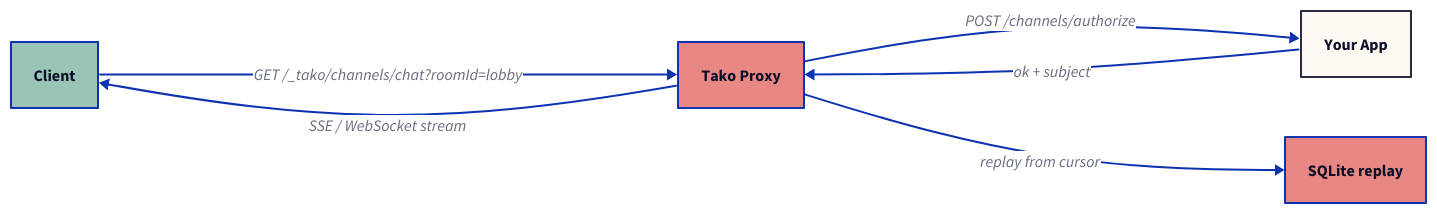
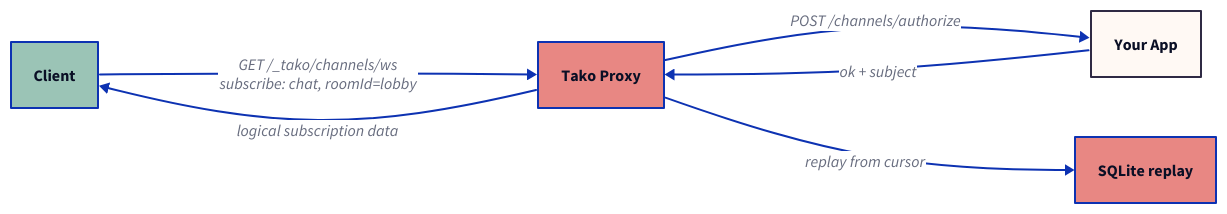
One commit to tako-sh/tako changed the diagram in website/src/content/blog/durable-channels-built-in.md. Above: the diagram before and after it, drawn with D2. The commit also changed other lines of this file and 77 other files, not shown here.

Commit message:
feat(channels): multiplex WebSocket subscriptions (#217)

````diff
--- a/website/src/content/blog/durable-channels-built-in.md
+++ b/website/src/content/blog/durable-channels-built-in.md
@@ -43,14 +45,14 @@
 ```d2
 direction: right
 
 client: Client {style.fill: "#9BC4B6"; style.font-size: 16}
 proxy: Tako Proxy {style.fill: "#E88783"; style.font-size: 16}
 app: Your App {style.fill: "#FFF9F4"; style.stroke: "#2F2A44"; style.font-size: 16}
 store: SQLite replay {style.fill: "#E88783"; style.font-size: 16}
 
-client -> proxy: "GET /_tako/channels/chat?roomId=lobby"
+client -> proxy: "GET /_tako/channels/ws\nsubscribe: chat, roomId=lobby"
 proxy -> app: "POST /channels/authorize"
 app -> proxy: "ok + subject"
 proxy -> store: "replay from cursor"
-proxy -> client: "SSE / WebSocket stream"
+proxy -> client: "logical subscription data"
 ```
````
